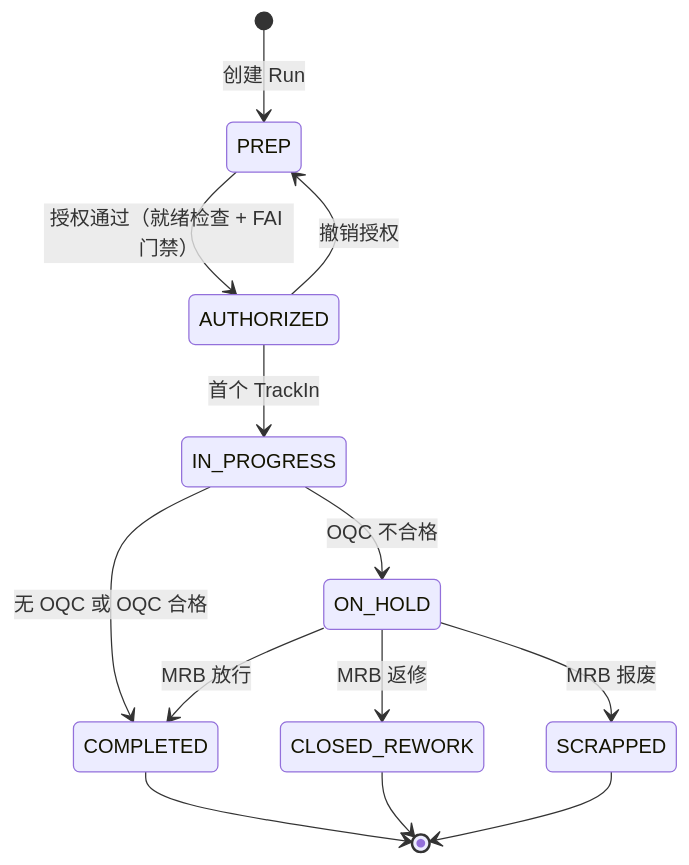
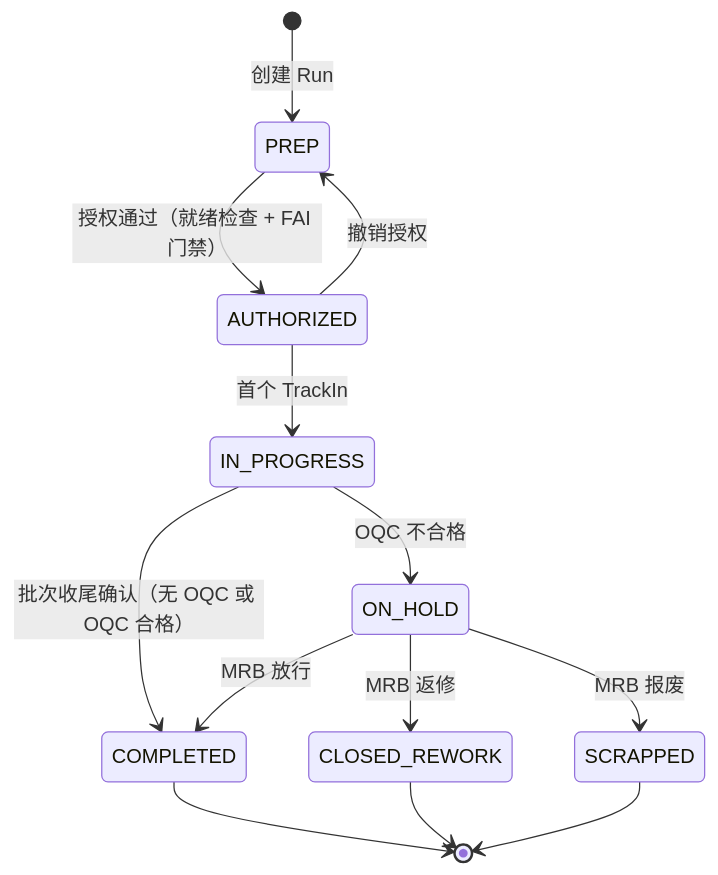
Before and after one commit to catoncat/better: the second of 3 diagrams in domain_docs/mes/spec/process/02_state_machines.md, drawn with Mermaid. The commit also changed other lines of this file and 1 other file, not shown here.

Commit message:
mes: align closeout docs

````diff
--- a/domain_docs/mes/spec/process/02_state_machines.md
+++ b/domain_docs/mes/spec/process/02_state_machines.md
@@ -22,18 +22,18 @@
 ```mermaid
 stateDiagram-v2
   [*] --> PREP: 创建 Run
   PREP --> AUTHORIZED: 授权通过（就绪检查 + FAI 门禁）
   AUTHORIZED --> PREP: 撤销授权
   AUTHORIZED --> IN_PROGRESS: 首个 TrackIn
 
-  IN_PROGRESS --> COMPLETED: 无 OQC 或 OQC 合格
+  IN_PROGRESS --> COMPLETED: 批次收尾确认（无 OQC 或 OQC 合格）
   IN_PROGRESS --> ON_HOLD: OQC 不合格
 
   ON_HOLD --> COMPLETED: MRB 放行
   ON_HOLD --> CLOSED_REWORK: MRB 返修
   ON_HOLD --> SCRAPPED: MRB 报废
 
   COMPLETED --> [*]
   CLOSED_REWORK --> [*]
   SCRAPPED --> [*]
 ```
````
